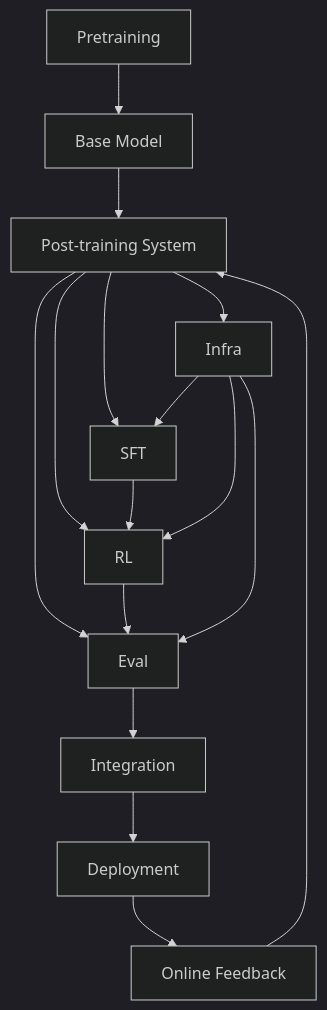
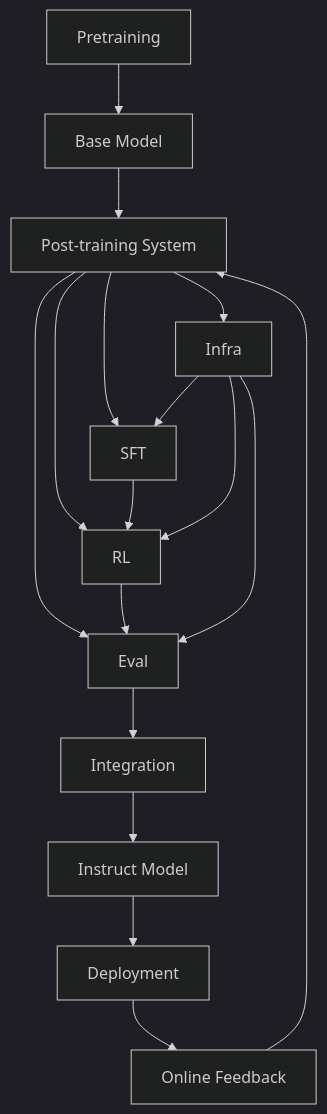
Before and after one commit to 7Hu0v0/lets_build_an_llm: the diagram in references/01_pipeline/01g_post_training.md, drawn with Mermaid (dark theme).

````diff
--- a/references/01_pipeline/01g_post_training.md
+++ b/references/01_pipeline/01g_post_training.md
@@ -71,21 +71,23 @@
 ```mermaid
 flowchart TD
     A[Pretraining] --> B[Base Model]
     B --> C[Post-training System]
 
     C --> D1[SFT]
     C --> D2[RL]
     C --> D3[Eval]
     C --> D4[Infra]
 
     D1 --> D2
     D2 --> D3
     D4 --> D1
     D4 --> D2
     D4 --> D3
 
     D3 --> E[Integration]
-    E --> F[Deployment]
-    F --> G[Online Feedback]
-    G --> C
+    E --> F[Instruct Model]
+    F --> G[Deployment]
+    G --> H[Online Feedback]
+    H --> C
+
 ```
````
